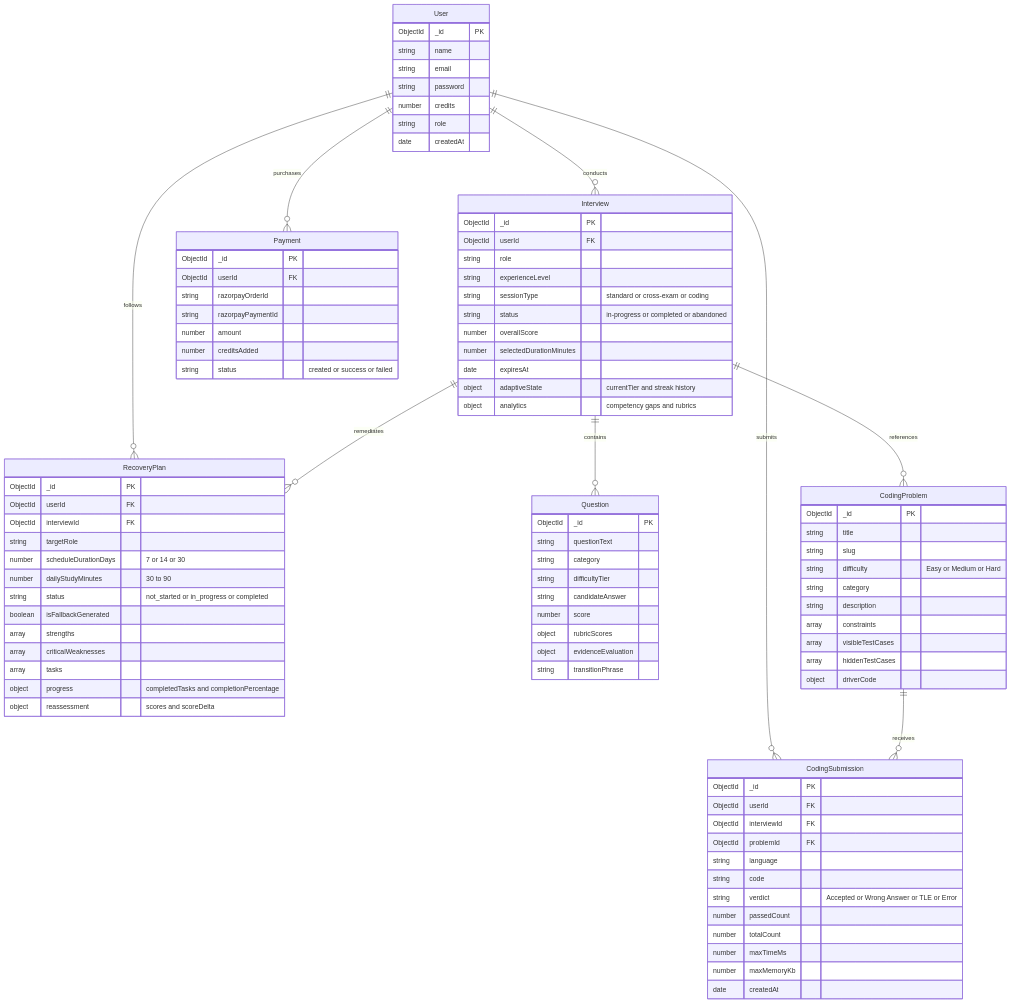
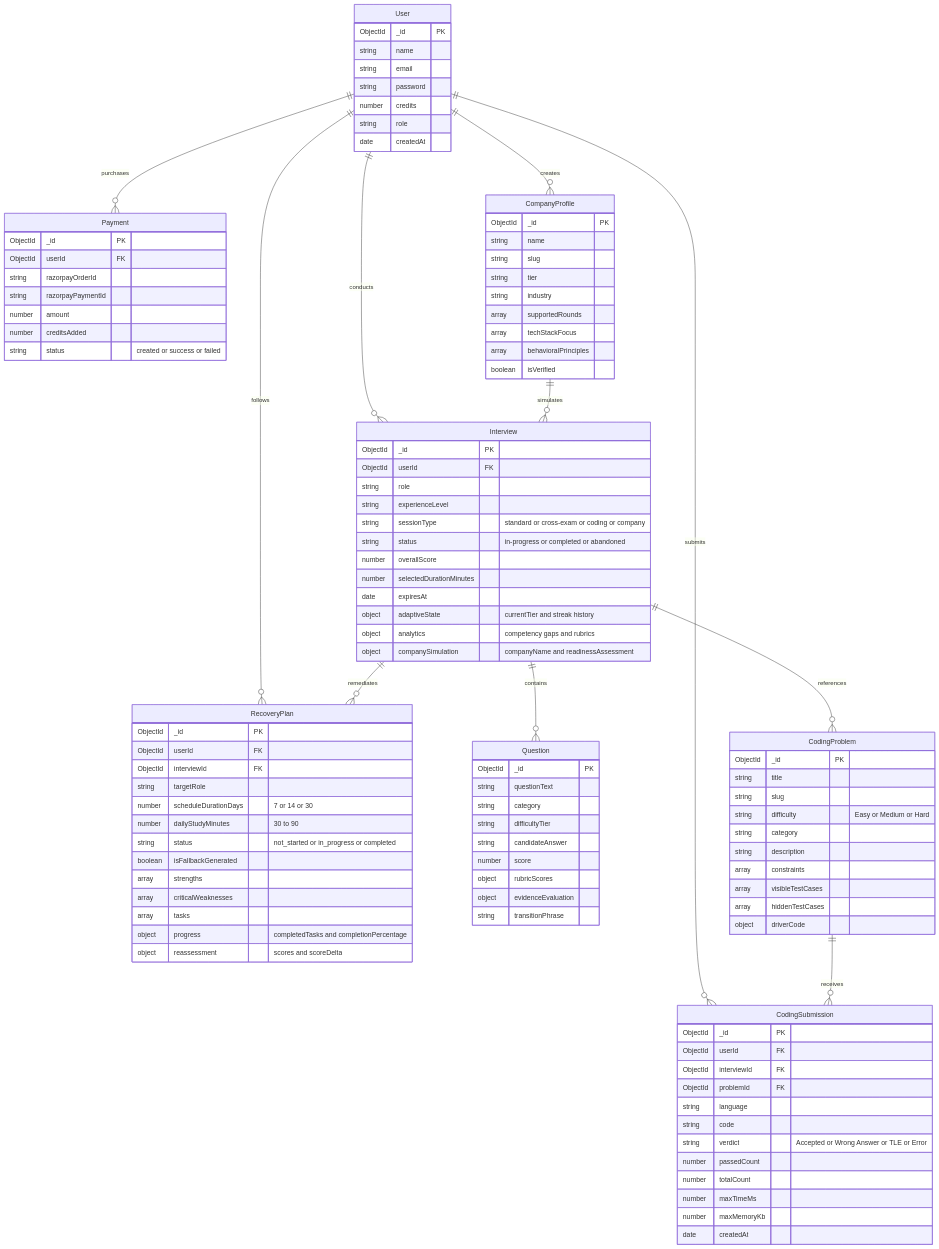
Before and after one commit to KRISHNA-0425/Prepper: the sixth of 6 diagrams in README.md, drawn with Mermaid. The commit also changed other lines of this file, not shown here.

Commit message:
docs(readme): update system architecture, ER diagram, API reference, credit policy, and test matrix for Module 6

```diff
--- a/README.md
+++ b/README.md
@@ -442,6 +488,8 @@
     User ||--o{ CodingSubmission : submits
     User ||--o{ Payment : purchases
     User ||--o{ RecoveryPlan : follows
+    User ||--o{ CompanyProfile : creates
+    CompanyProfile ||--o{ Interview : simulates
     Interview ||--o{ Question : contains
     Interview ||--o{ CodingProblem : references
     Interview ||--o{ RecoveryPlan : remediates
@@ -457,18 +505,31 @@
         date createdAt
     }
 
+    CompanyProfile {
+        ObjectId _id PK
+        string name
+        string slug
+        string tier
+        string industry
+        array supportedRounds
+        array techStackFocus
+        array behavioralPrinciples
+        boolean isVerified
+    }
+
     Interview {
         ObjectId _id PK
         ObjectId userId FK
         string role
         string experienceLevel
-        string sessionType "standard or cross-exam or coding"
+        string sessionType "standard or cross-exam or coding or company"
         string status "in-progress or completed or abandoned"
         number overallScore
         number selectedDurationMinutes
         date expiresAt
         object adaptiveState "currentTier and streak history"
         object analytics "competency gaps and rubrics"
+        object companySimulation "companyName and readinessAssessment"
     }
 
     Question {
```
